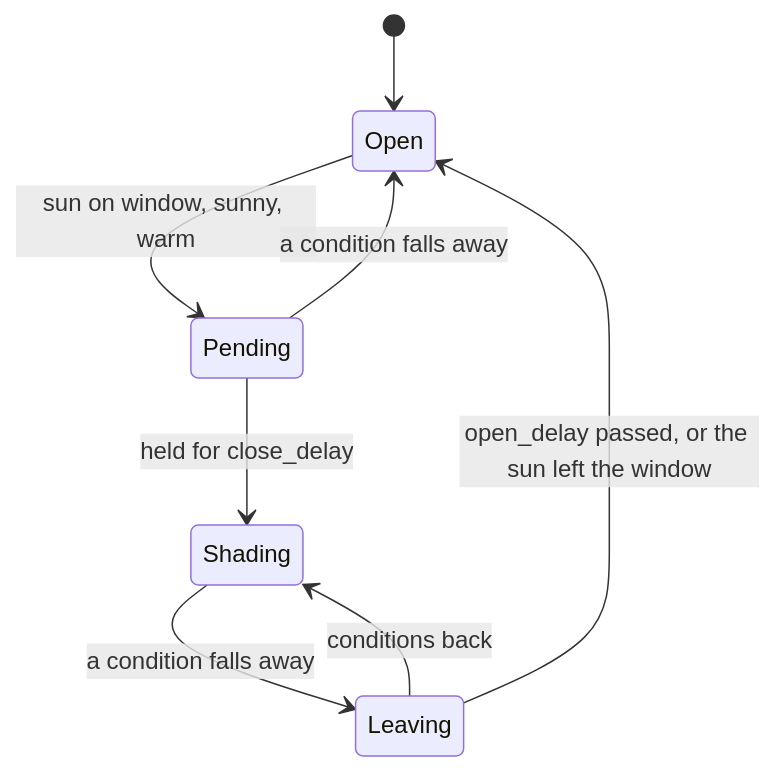
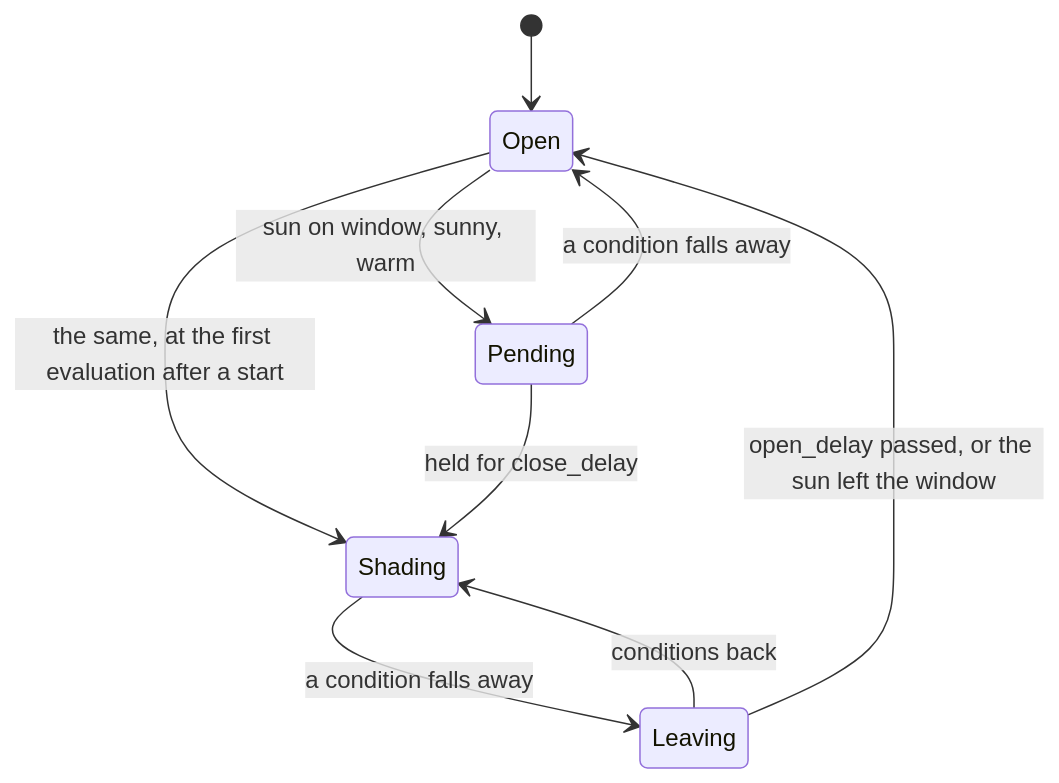
Before and after one commit to abroeders/smart-shutter-control: diagram 13 of 25 in docs/architecture.md, drawn with Mermaid. The commit also changed other lines of this file and 11 other files, not shown here.

````diff
--- a/docs/architecture.md
+++ b/docs/architecture.md
@@ -463,10 +463,11 @@
 ```mermaid
 stateDiagram-v2
     [*] --> Open
     Open --> Pending: sun on window, sunny, warm
+    Open --> Shading: the same, at the first evaluation after a start
     Pending --> Open: a condition falls away
     Pending --> Shading: held for close_delay
     Shading --> Leaving: a condition falls away
     Leaving --> Shading: conditions back
     Leaving --> Open: open_delay passed, or the sun left the window
 ```
````
